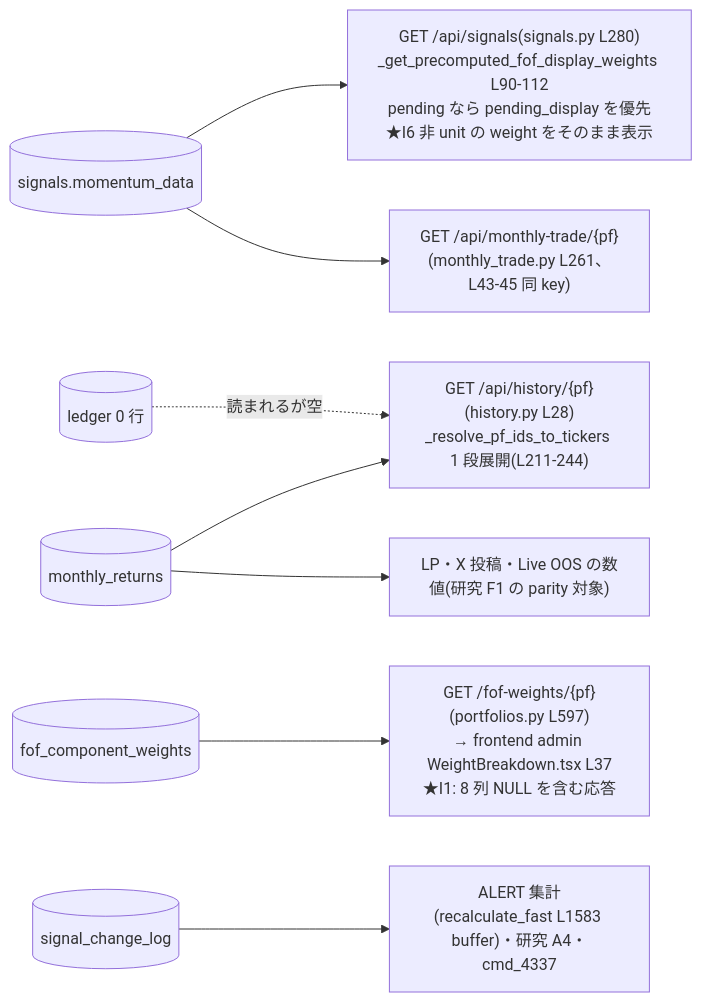
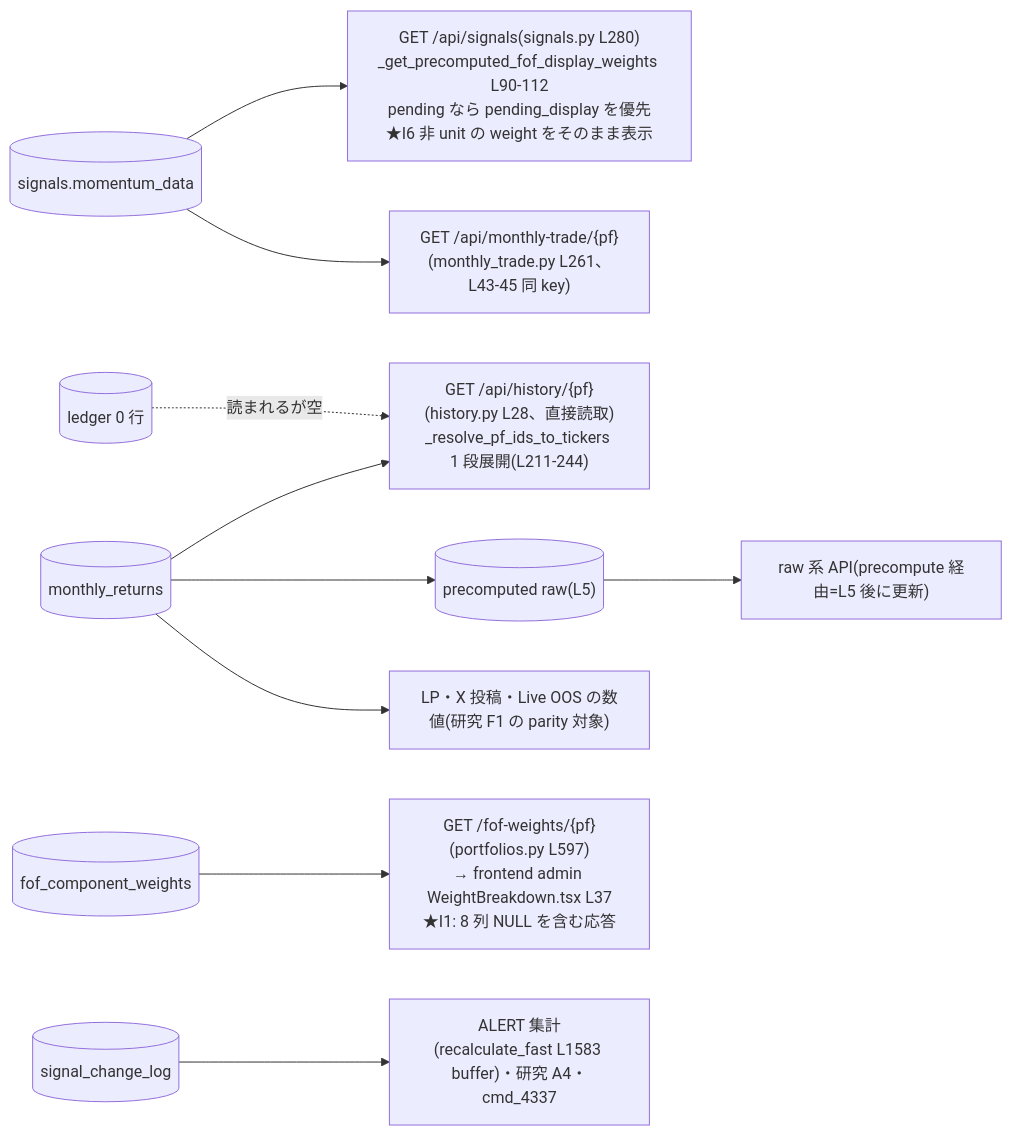
The sixth of 6 diagrams in docs/research/dm-signal-production-inconsistency-asis-tobe_20260906.md (simokitafresh/multi-agent-shogun), drawn with Mermaid before and after one commit. The commit also changed other lines of this file, not shown here.

````diff
--- a/docs/research/dm-signal-production-inconsistency-asis-tobe_20260906.md
+++ b/docs/research/dm-signal-production-inconsistency-asis-tobe_20260906.md
@@ -125,10 +133,11 @@
 ```mermaid
 flowchart LR
   SIG[("signals.momentum_data")] --> A1["GET /api/signals(signals.py L280)<br/>_get_precomputed_fof_display_weights L90-112<br/>pending なら pending_display を優先<br/>★I6 非 unit の weight をそのまま表示"]
   SIG --> A2["GET /api/monthly-trade/{pf}(monthly_trade.py L261、L43-45 同 key)"]
-  MR[("monthly_returns")] --> A3["GET /api/history/{pf}(history.py L28)<br/>_resolve_pf_ids_to_tickers 1 段展開(L211-244)"]
+  MR[("monthly_returns")] --> A3["GET /api/history/{pf}(history.py L28、直接読取)<br/>_resolve_pf_ids_to_tickers 1 段展開(L211-244)"]
+  MR --> PRE[("precomputed raw(L5)")] --> A6["raw 系 API(precompute 経由=L5 後に更新)"]
   MR --> LP["LP・X 投稿・Live OOS の数値(研究 F1 の parity 対象)"]
   FCW[("fof_component_weights")] --> A4["GET /fof-weights/{pf}(portfolios.py L597)<br/>→ frontend admin WeightBreakdown.tsx L37<br/>★I1: 8 列 NULL を含む応答"]
   CLT[("signal_change_log")] --> A5["ALERT 集計(recalculate_fast L1583 buffer)・研究 A4・cmd_4337"]
   LT[("ledger 0 行")] -.->|"読まれるが空"| A3
 ```
````
